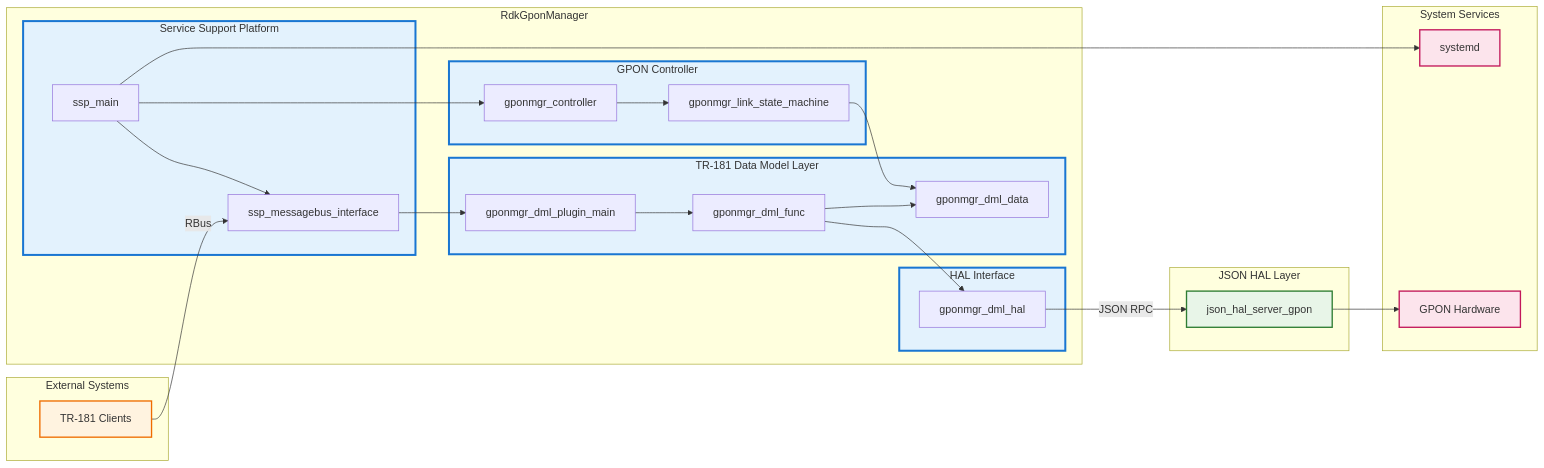
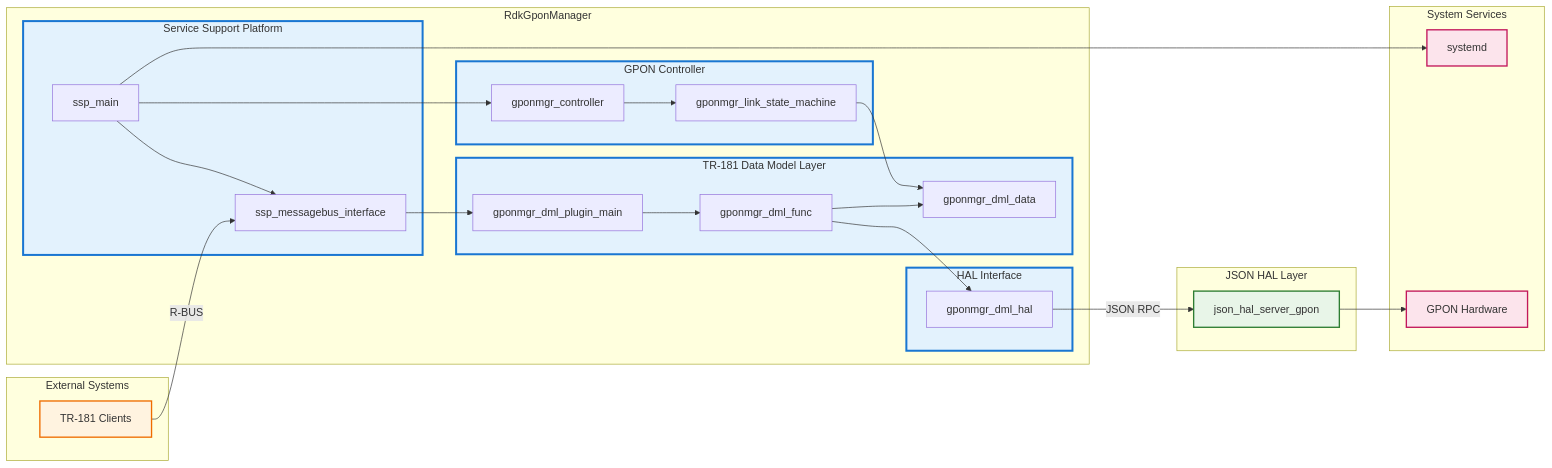
The second of 7 diagrams in README.md (rdkcentral/RdkGponManager), drawn with Mermaid before and after one commit. The commit also changed other lines of this file, not shown here.

````diff
--- a/README.md
+++ b/README.md
@@ -71,60 +70,60 @@
 ```mermaid
 graph LR
     subgraph ExternalSystems ["External Systems"]
         TR181Client["TR-181 Clients"]
     end
 
     subgraph RdkGponManager ["RdkGponManager"]
         subgraph SSP ["Service Support Platform"]
             SSPMain["ssp_main"]
             MsgBus["ssp_messagebus_interface"]
         end
 
         subgraph Controller ["GPON Controller"]
             GponCtrl["gponmgr_controller"]
             LinkSM["gponmgr_link_state_machine"]
         end
 
         subgraph TR181Layer ["TR-181 Data Model Layer"]
             DMLPlugin["gponmgr_dml_plugin_main"]
             DMLFunc["gponmgr_dml_func"]
             DMLData["gponmgr_dml_data"]
         end
 
         subgraph HALInterface ["HAL Interface"]
             HALClient["gponmgr_dml_hal"]
         end
     end
 
     subgraph HALLayer ["JSON HAL Layer"]
         JsonServer["json_hal_server_gpon"]
     end
 
     subgraph SystemServices ["System Services"]
         Systemd["systemd"]
         GPONHw["GPON Hardware"]
     end
 
-    TR181Client -->|RBus| MsgBus
+    TR181Client -->|R-BUS| MsgBus
     MsgBus --> DMLPlugin
     SSPMain --> MsgBus
     SSPMain --> GponCtrl
     DMLPlugin --> DMLFunc
     DMLFunc --> DMLData
     DMLFunc --> HALClient
     GponCtrl --> LinkSM
     LinkSM --> DMLData
     HALClient -->|JSON RPC| JsonServer
     JsonServer --> GPONHw
     SSPMain --> Systemd
 
     classDef external fill:#fff3e0,stroke:#ef6c00,stroke-width:2px;
     classDef gponmgr fill:#e3f2fd,stroke:#1976d2,stroke-width:3px;
     classDef hal fill:#e8f5e8,stroke:#2e7d32,stroke-width:2px;
     classDef system fill:#fce4ec,stroke:#c2185b,stroke-width:2px;
 
     class TR181Client external;
     class SSP,Controller,TR181Layer,HALInterface gponmgr;
     class JsonServer hal;
     class Systemd,GPONHw system;
 ```
````
